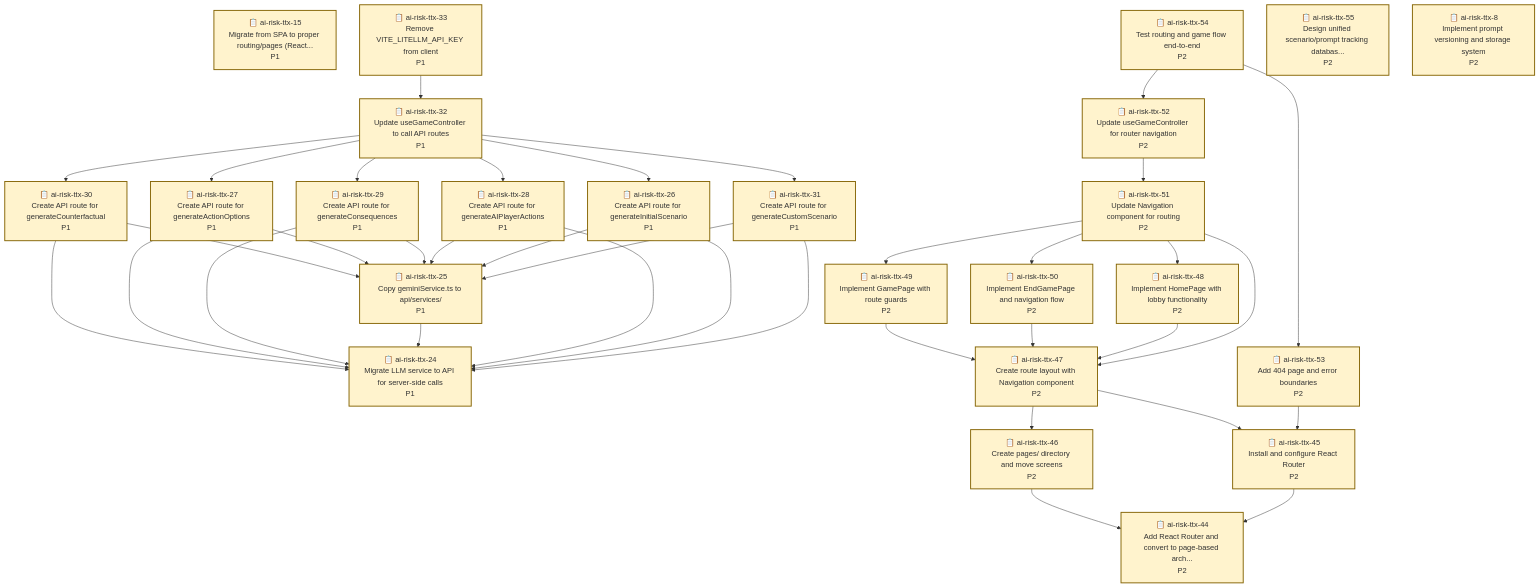
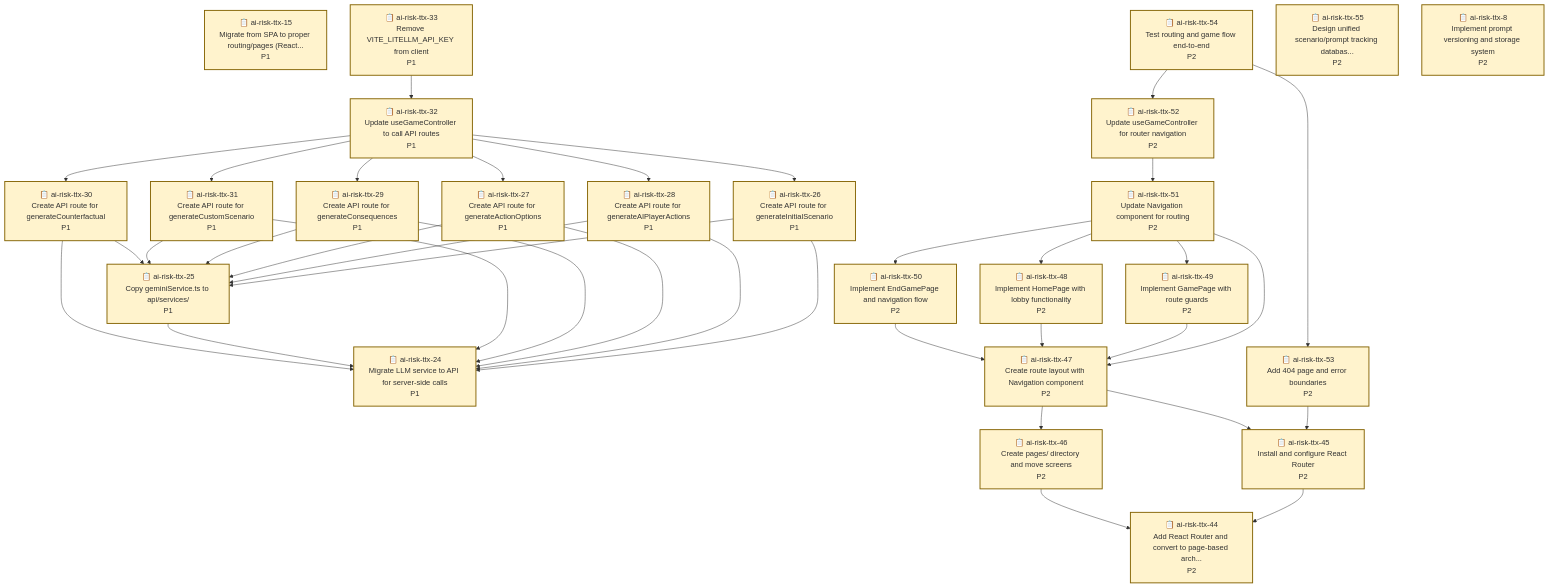
One commit to bhi5hmaraj/ai-risk-ttx changed the diagram in .beads/graph.md. Above: the diagram before and after it, drawn with Mermaid. The commit also changed other lines of this file and 12 other files, not shown here.

````diff
--- a/.beads/graph.md
+++ b/.beads/graph.md
@@ -49,39 +49,39 @@
     ai-risk-ttx-8["📋 ai-risk-ttx-8<br/>Implement prompt versioning and storage system<br/>P2"]
     style ai-risk-ttx-8 fill:#fff3cd,stroke:#856404,stroke-width:2px
 
-    ai-risk-ttx-33 --> ai-risk-ttx-32
+    ai-risk-ttx-30 --> ai-risk-ttx-24
+    ai-risk-ttx-30 --> ai-risk-ttx-25
     ai-risk-ttx-46 --> ai-risk-ttx-44
-    ai-risk-ttx-49 --> ai-risk-ttx-47
+    ai-risk-ttx-25 --> ai-risk-ttx-24
+    ai-risk-ttx-31 --> ai-risk-ttx-24
+    ai-risk-ttx-31 --> ai-risk-ttx-25
+    ai-risk-ttx-29 --> ai-risk-ttx-24
+    ai-risk-ttx-29 --> ai-risk-ttx-25
+    ai-risk-ttx-47 --> ai-risk-ttx-45
+    ai-risk-ttx-47 --> ai-risk-ttx-46
+    ai-risk-ttx-50 --> ai-risk-ttx-47
+    ai-risk-ttx-27 --> ai-risk-ttx-24
+    ai-risk-ttx-27 --> ai-risk-ttx-25
+    ai-risk-ttx-28 --> ai-risk-ttx-24
+    ai-risk-ttx-28 --> ai-risk-ttx-25
     ai-risk-ttx-32 --> ai-risk-ttx-26
     ai-risk-ttx-32 --> ai-risk-ttx-27
     ai-risk-ttx-32 --> ai-risk-ttx-28
     ai-risk-ttx-32 --> ai-risk-ttx-29
     ai-risk-ttx-32 --> ai-risk-ttx-30
     ai-risk-ttx-32 --> ai-risk-ttx-31
-    ai-risk-ttx-30 --> ai-risk-ttx-24
-    ai-risk-ttx-30 --> ai-risk-ttx-25
-    ai-risk-ttx-50 --> ai-risk-ttx-47
-    ai-risk-ttx-27 --> ai-risk-ttx-24
-    ai-risk-ttx-27 --> ai-risk-ttx-25
+    ai-risk-ttx-33 --> ai-risk-ttx-32
+    ai-risk-ttx-52 --> ai-risk-ttx-51
+    ai-risk-ttx-48 --> ai-risk-ttx-47
+    ai-risk-ttx-53 --> ai-risk-ttx-45
+    ai-risk-ttx-49 --> ai-risk-ttx-47
     ai-risk-ttx-45 --> ai-risk-ttx-44
-    ai-risk-ttx-47 --> ai-risk-ttx-45
-    ai-risk-ttx-47 --> ai-risk-ttx-46
-    ai-risk-ttx-29 --> ai-risk-ttx-24
-    ai-risk-ttx-29 --> ai-risk-ttx-25
-    ai-risk-ttx-48 --> ai-risk-ttx-47
-    ai-risk-ttx-25 --> ai-risk-ttx-24
-    ai-risk-ttx-54 --> ai-risk-ttx-52
-    ai-risk-ttx-54 --> ai-risk-ttx-53
-    ai-risk-ttx-53 --> ai-risk-ttx-45
-    ai-risk-ttx-28 --> ai-risk-ttx-24
-    ai-risk-ttx-28 --> ai-risk-ttx-25
-    ai-risk-ttx-26 --> ai-risk-ttx-24
-    ai-risk-ttx-26 --> ai-risk-ttx-25
     ai-risk-ttx-51 --> ai-risk-ttx-47
     ai-risk-ttx-51 --> ai-risk-ttx-48
     ai-risk-ttx-51 --> ai-risk-ttx-49
     ai-risk-ttx-51 --> ai-risk-ttx-50
-    ai-risk-ttx-52 --> ai-risk-ttx-51
-    ai-risk-ttx-31 --> ai-risk-ttx-24
-    ai-risk-ttx-31 --> ai-risk-ttx-25
+    ai-risk-ttx-54 --> ai-risk-ttx-52
+    ai-risk-ttx-54 --> ai-risk-ttx-53
+    ai-risk-ttx-26 --> ai-risk-ttx-24
+    ai-risk-ttx-26 --> ai-risk-ttx-25
 ```
````
